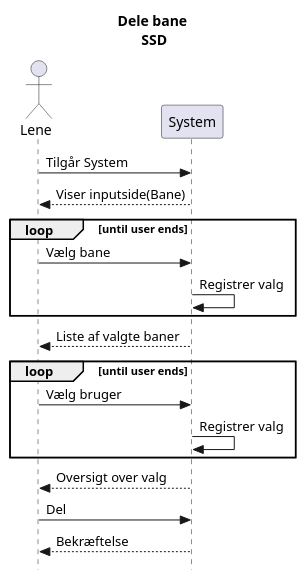
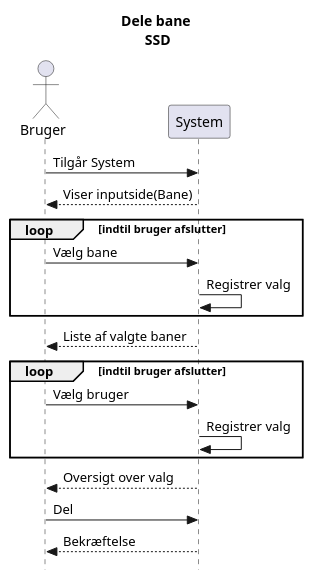
The diagram in Dokumentation/Scenarier/Baner/Logical View/SSD/DeleBane.wsd (Team-1-ucl/Team1_Projekt), drawn with PlantUML before and after one commit. The commit also changed 1 other file, not shown here.

Commit message:
Edit UC DeleBane and UC OpretterBane

```diff
--- a/Dokumentation/Scenarier/Baner/Logical View/SSD/DeleBane.wsd
+++ b/Dokumentation/Scenarier/Baner/Logical View/SSD/DeleBane.wsd
@@ -1,20 +1,20 @@
 @startuml
 title Dele bane\n SSD
 skinparam style strictuml
-actor Lene
-Lene -> System: Tilgår System
-System --> Lene: Viser inputside(Bane)
-loop until user ends
-Lene ->System: Vælg bane
+actor Bruger
+Bruger -> System: Tilgår System
+System --> Bruger: Viser inputside(Bane)
+loop indtil bruger afslutter
+Bruger ->System: Vælg bane
 System->System:Registrer valg
 end
-System-->Lene:Liste af valgte baner
-loop until user ends
-Lene -> System: Vælg bruger
+System-->Bruger:Liste af valgte baner
+loop indtil bruger afslutter 
+Bruger -> System: Vælg bruger
 System->System:Registrer valg
 end
-System-->Lene:Oversigt over valg
-Lene -> System:Del
-System --> Lene: Bekræftelse
+System-->Bruger:Oversigt over valg
+Bruger -> System:Del
+System --> Bruger: Bekræftelse
 
 @enduml
```
